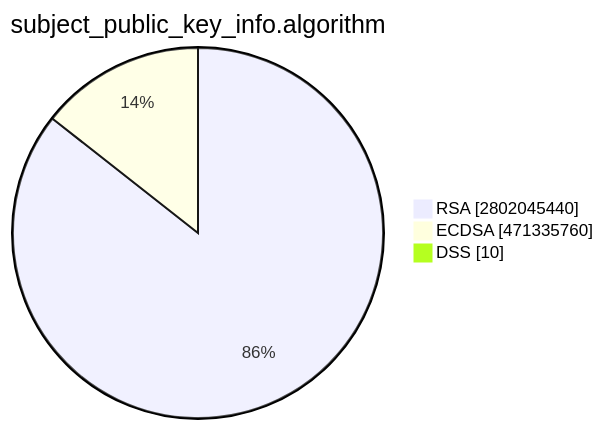
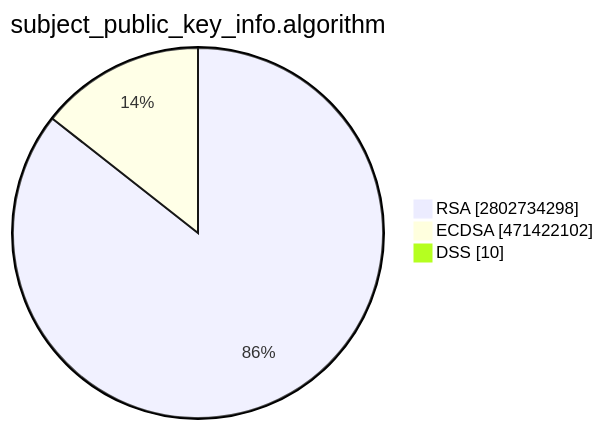
The second of 15 diagrams in TOTAL/README.md (christiankrug/ctmonitor_visualization), drawn with Mermaid before and after one commit. The commit also changed other lines of this file, not shown here.

````diff
--- a/TOTAL/README.md
+++ b/TOTAL/README.md
@@ -6,7 +6,7 @@
 ```mermaid
 pie showData
 title subject_public_key_info.algorithm
-"RSA" :2802045440
-"ECDSA" :471335760
+"RSA" :2802734298
+"ECDSA" :471422102
 "DSS" :10
 ```
````
